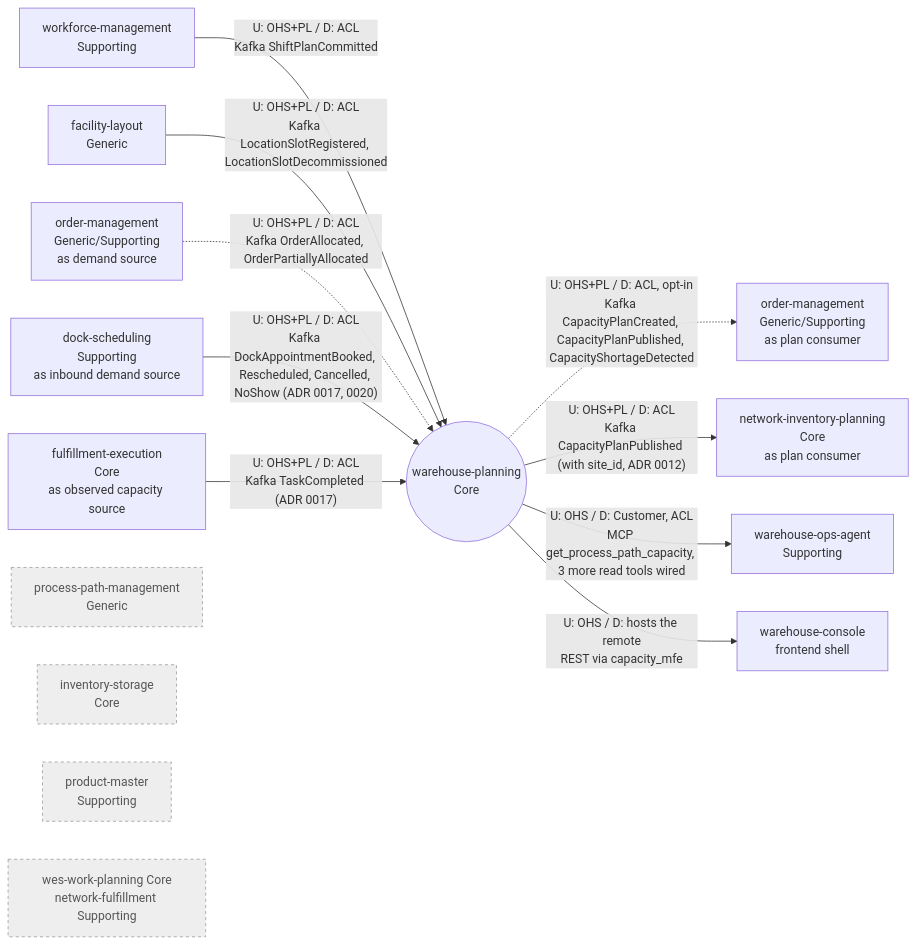
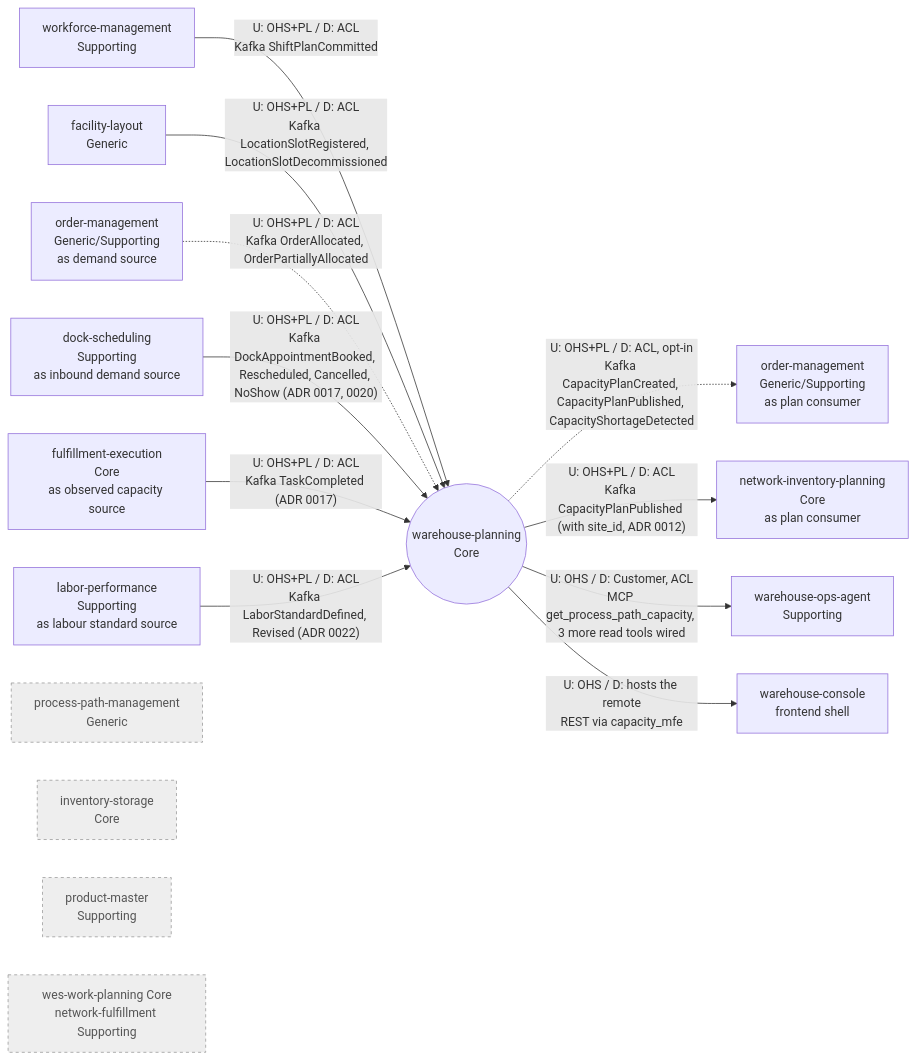
Before and after one commit to IQVO/warehouse-planning: the diagram in docs/docs/ddd/context-map.md, drawn with Mermaid. The commit also changed other lines of this file and 14 other files, not shown here.

Commit message:
docs: labour-standard consumer and labour requirement across README, rules and docs (ADR 0022); CI mutation-fast covers laborstandard

````diff
--- a/docs/docs/ddd/context-map.md
+++ b/docs/docs/ddd/context-map.md
@@ -16,35 +16,37 @@
 ```mermaid
 flowchart LR
   WP(("warehouse-planning<br/>Core"))
 
   WFM["workforce-management<br/>Supporting"]
   FL["facility-layout<br/>Generic"]
   OMU["order-management<br/>Generic/Supporting<br/>as demand source"]
   OMD["order-management<br/>Generic/Supporting<br/>as plan consumer"]
   DSC["dock-scheduling<br/>Supporting<br/>as inbound demand source"]
   FEX["fulfillment-execution<br/>Core<br/>as observed capacity source"]
+  LPF["labor-performance<br/>Supporting<br/>as labour standard source"]
   OPS["warehouse-ops-agent<br/>Supporting"]
   CON["warehouse-console<br/>frontend shell"]
   PPM["process-path-management<br/>Generic"]
   INV["inventory-storage<br/>Core"]
   PM["product-master<br/>Supporting"]
   NIP["network-inventory-planning<br/>Core<br/>as plan consumer"]
   LATER["wes-work-planning Core<br/>network-fulfillment Supporting"]
 
   WFM -- "U: OHS+PL / D: ACL<br/>Kafka ShiftPlanCommitted" --> WP
   FL -- "U: OHS+PL / D: ACL<br/>Kafka LocationSlotRegistered, LocationSlotDecommissioned" --> WP
   OMU -. "U: OHS+PL / D: ACL<br/>Kafka OrderAllocated, OrderPartiallyAllocated" .-> WP
   DSC -- "U: OHS+PL / D: ACL<br/>Kafka DockAppointmentBooked, Rescheduled, Cancelled, NoShow (ADR 0017, 0020)" --> WP
   FEX -- "U: OHS+PL / D: ACL<br/>Kafka TaskCompleted (ADR 0017)" --> WP
+  LPF -- "U: OHS+PL / D: ACL<br/>Kafka LaborStandardDefined, Revised (ADR 0022)" --> WP
   WP -. "U: OHS+PL / D: ACL, opt-in<br/>Kafka CapacityPlanCreated, CapacityPlanPublished, CapacityShortageDetected" .-> OMD
   WP -- "U: OHS+PL / D: ACL<br/>Kafka CapacityPlanPublished (with site_id, ADR 0012)" --> NIP
   WP -- "U: OHS / D: Customer, ACL<br/>MCP get_process_path_capacity, 3 more read tools wired" --> OPS
   WP -- "U: OHS / D: hosts the remote<br/>REST via capacity_mfe" --> CON
   PPM ~~~ WP
   INV ~~~ WP
   PM ~~~ WP
   LATER ~~~ WP
 
   classDef absent fill:#eeeeee,stroke:#999999,color:#555555,stroke-dasharray: 4 4
   class PPM,INV,PM,LATER absent
 ```
````
